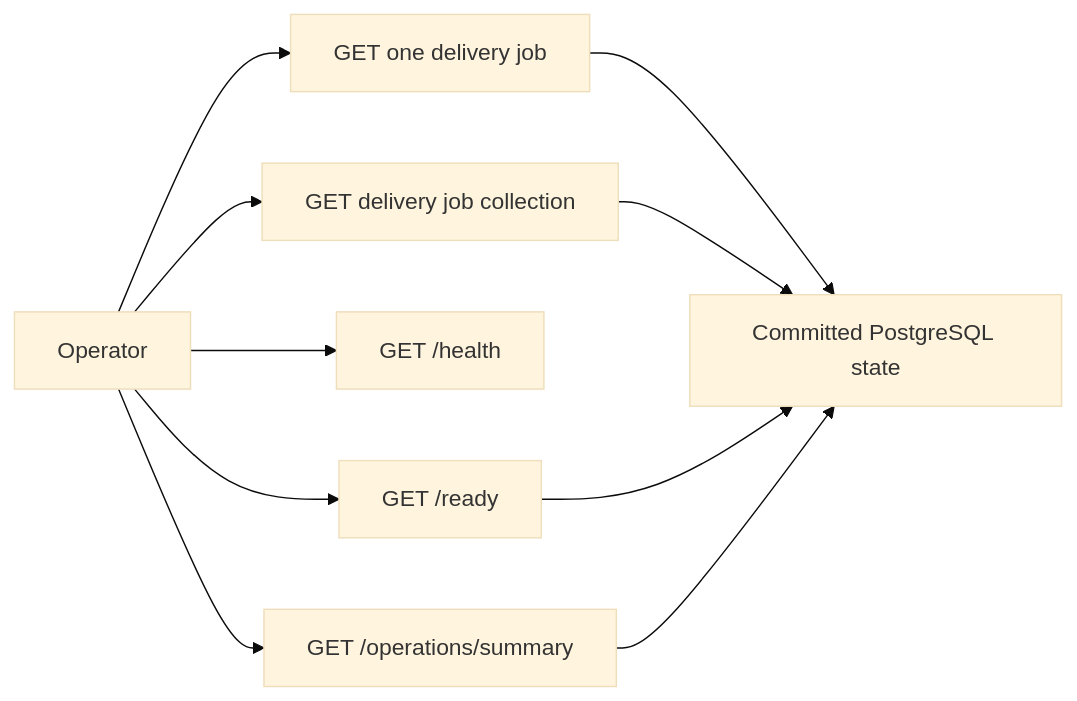
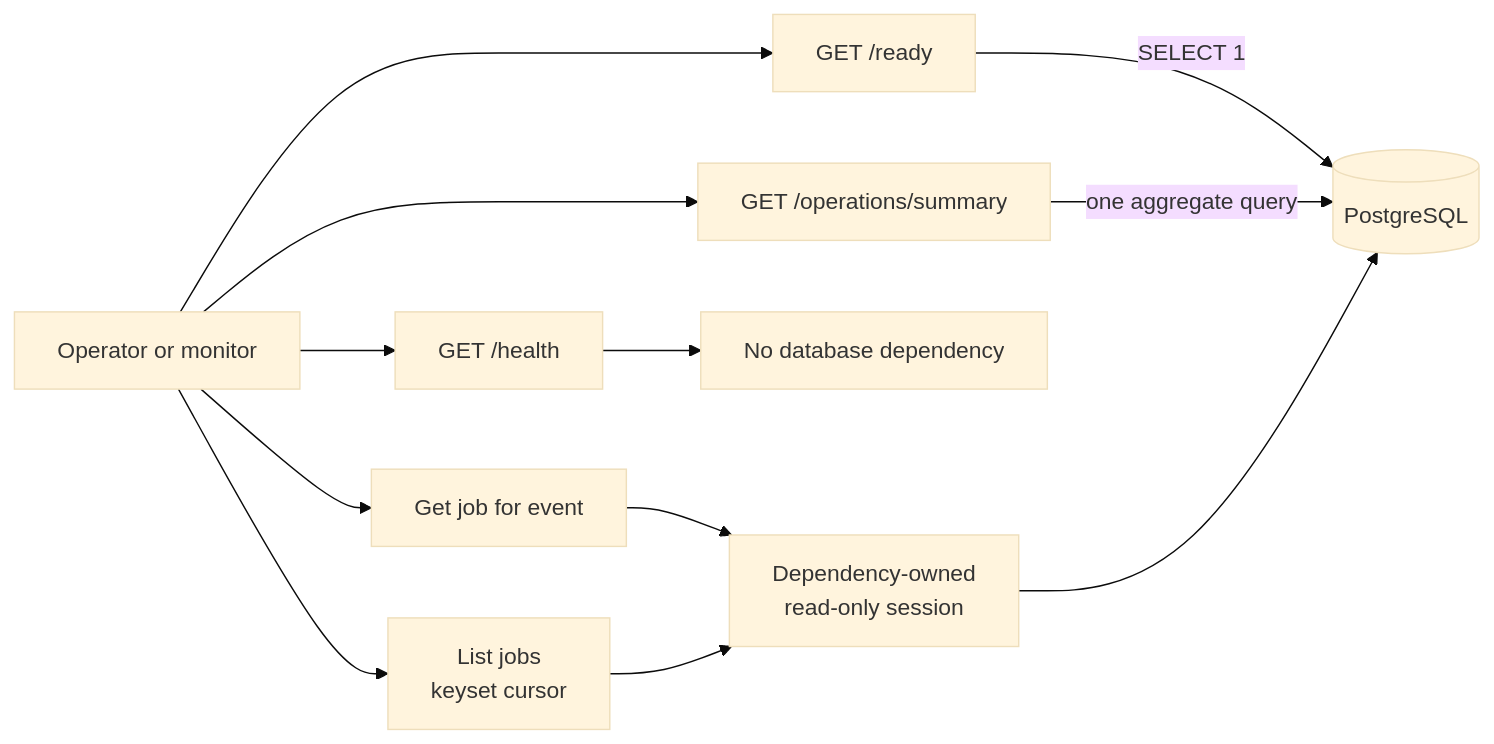
Diagram 11 of 11 in docs/architecture.md (lukaszj321/reliable-webhook-service), drawn with Mermaid (base theme) before and after one commit. The commit also changed other lines of this file, not shown here.

Commit message:
docs: expand architecture diagrams

````diff
--- a/docs/architecture.md
+++ b/docs/architecture.md
@@ -183,12 +409,15 @@
 ```mermaid
 flowchart LR
-    Operator["Operator"] --> Job["GET one delivery job"]
-    Operator --> Jobs["GET delivery job collection"]
-    Operator --> Health["GET /health"]
+    Operator["Operator or monitor"] --> Health["GET /health"]
+    Operator --> EventJob["Get job for event"]
+    Operator --> Collection["List jobs<br/>keyset cursor"]
     Operator --> Ready["GET /ready"]
     Operator --> Summary["GET /operations/summary"]
-    Job --> PostgreSQL["Committed PostgreSQL state"]
-    Jobs --> PostgreSQL
-    Ready --> PostgreSQL
-    Summary --> PostgreSQL
+
+    Health --> Independent["No database dependency"]
+    EventJob --> ReadOnly["Dependency-owned<br/>read-only session"]
+    Collection --> ReadOnly
+    Ready -->|"SELECT 1"| DB[("PostgreSQL")]
+    Summary -->|"one aggregate query"| DB
+    ReadOnly --> DB
 ```
````
